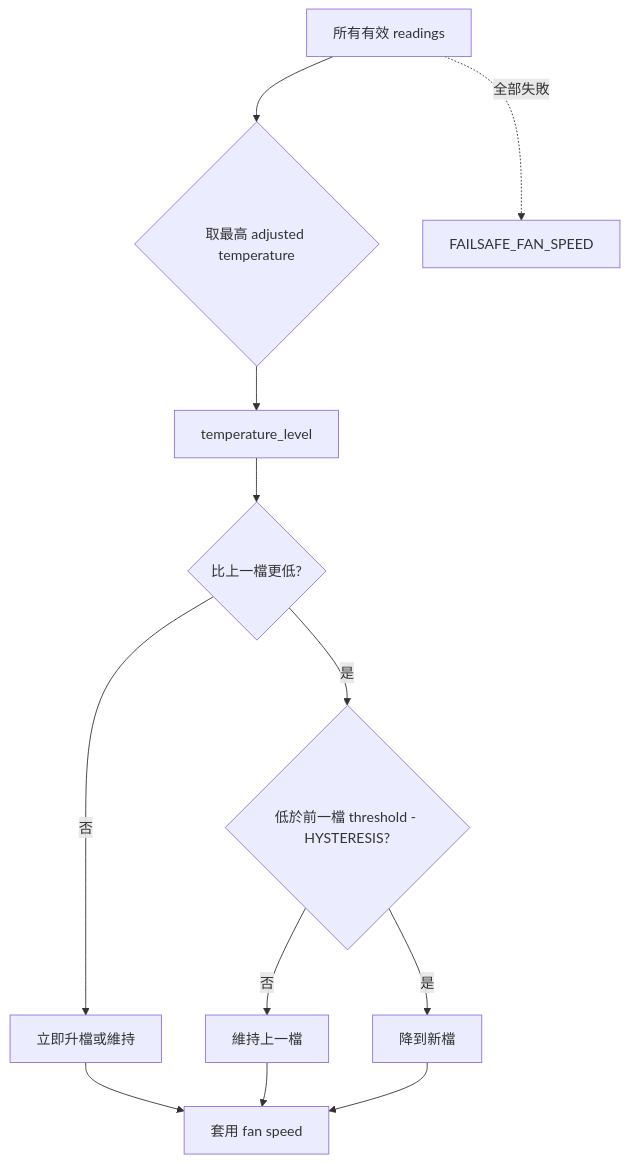
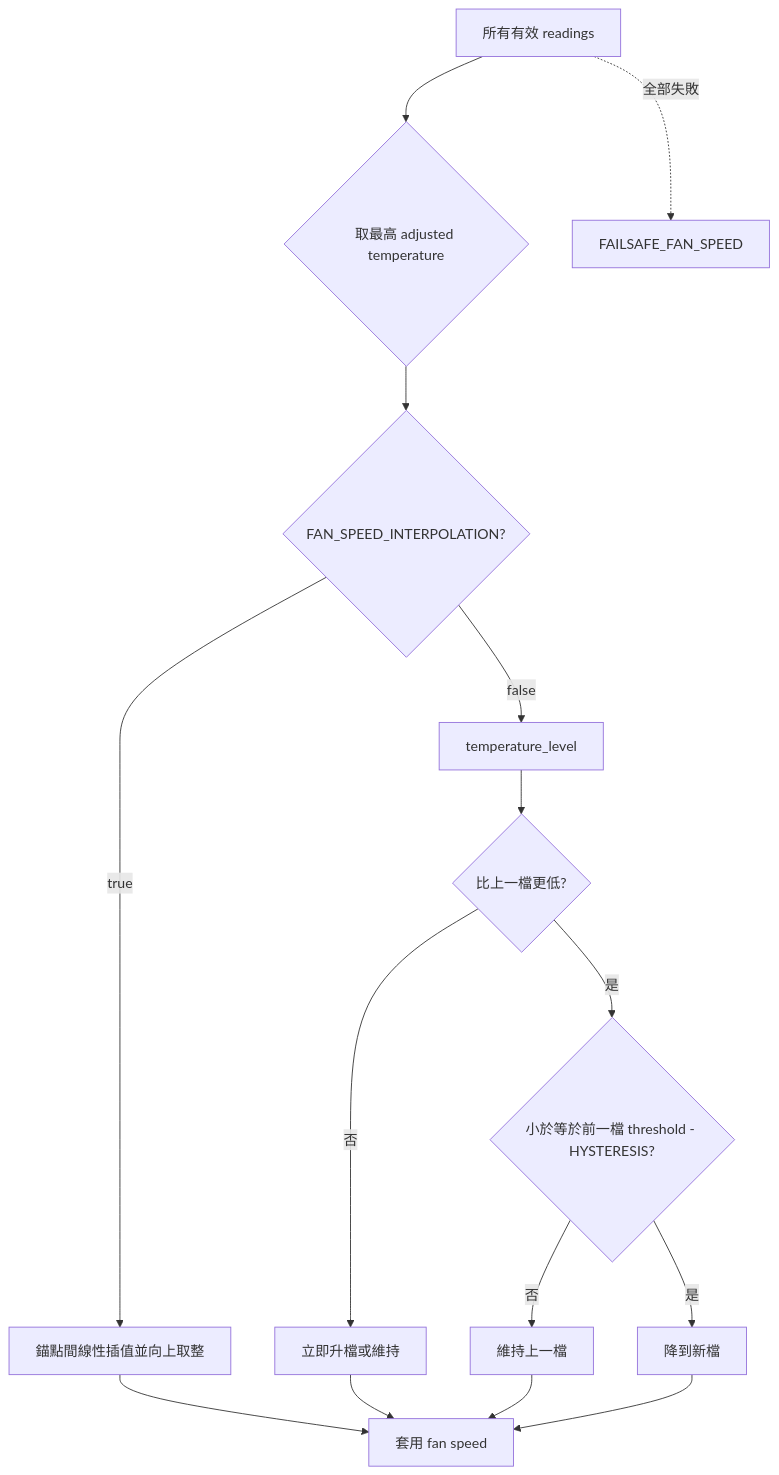
Before and after one commit to DF-wu/iDRACFanSpeedControl: the third of 3 diagrams in README.zh-TW.md, drawn with Mermaid. The commit also changed other lines of this file and 9 other files, not shown here.

First line of the commit message:
feat: add configurable linear fan speed interpolation (#6)

````diff
--- a/README.zh-TW.md
+++ b/README.zh-TW.md
@@ -173,14 +173,17 @@
 ```mermaid
 flowchart TD
     R[所有有效 readings] --> M{取最高 adjusted temperature}
-    M --> L[temperature_level]
+    M --> I{FAN_SPEED_INTERPOLATION?}
+    I -- true --> C[錨點間線性插值並向上取整]
+    C --> F
+    I -- false --> L[temperature_level]
     L --> H{比上一檔更低?}
     H -- 否 --> S[立即升檔或維持]
-    H -- 是 --> X{低於前一檔 threshold - HYSTERESIS?}
+    H -- 是 --> X{小於等於前一檔 threshold - HYSTERESIS?}
     X -- 否 --> S2[維持上一檔]
     X -- 是 --> S3[降到新檔]
     S --> F[套用 fan speed]
     S2 --> F
     S3 --> F
     R -. 全部失敗 .-> FS[FAILSAFE_FAN_SPEED]
 ```
````
